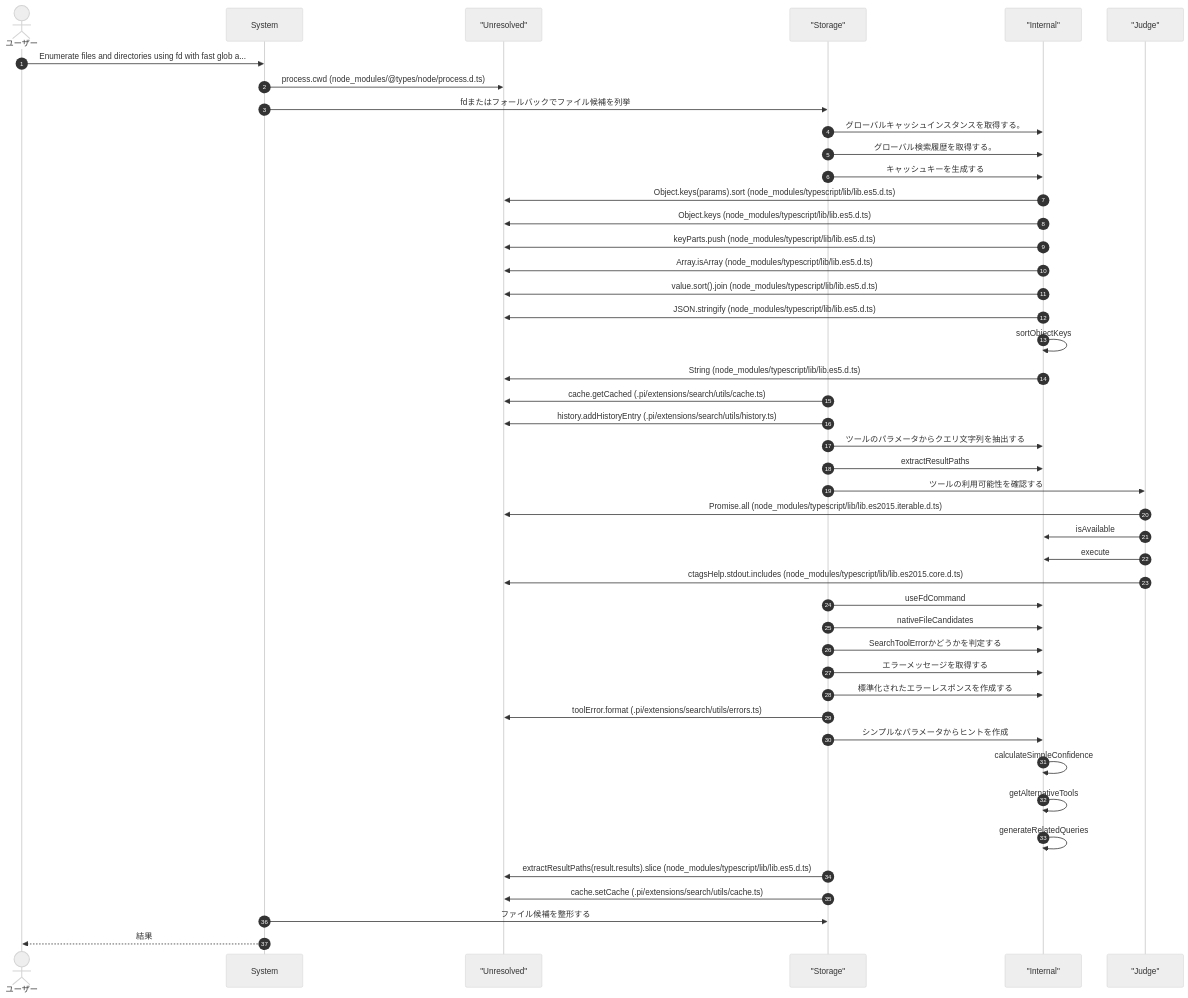
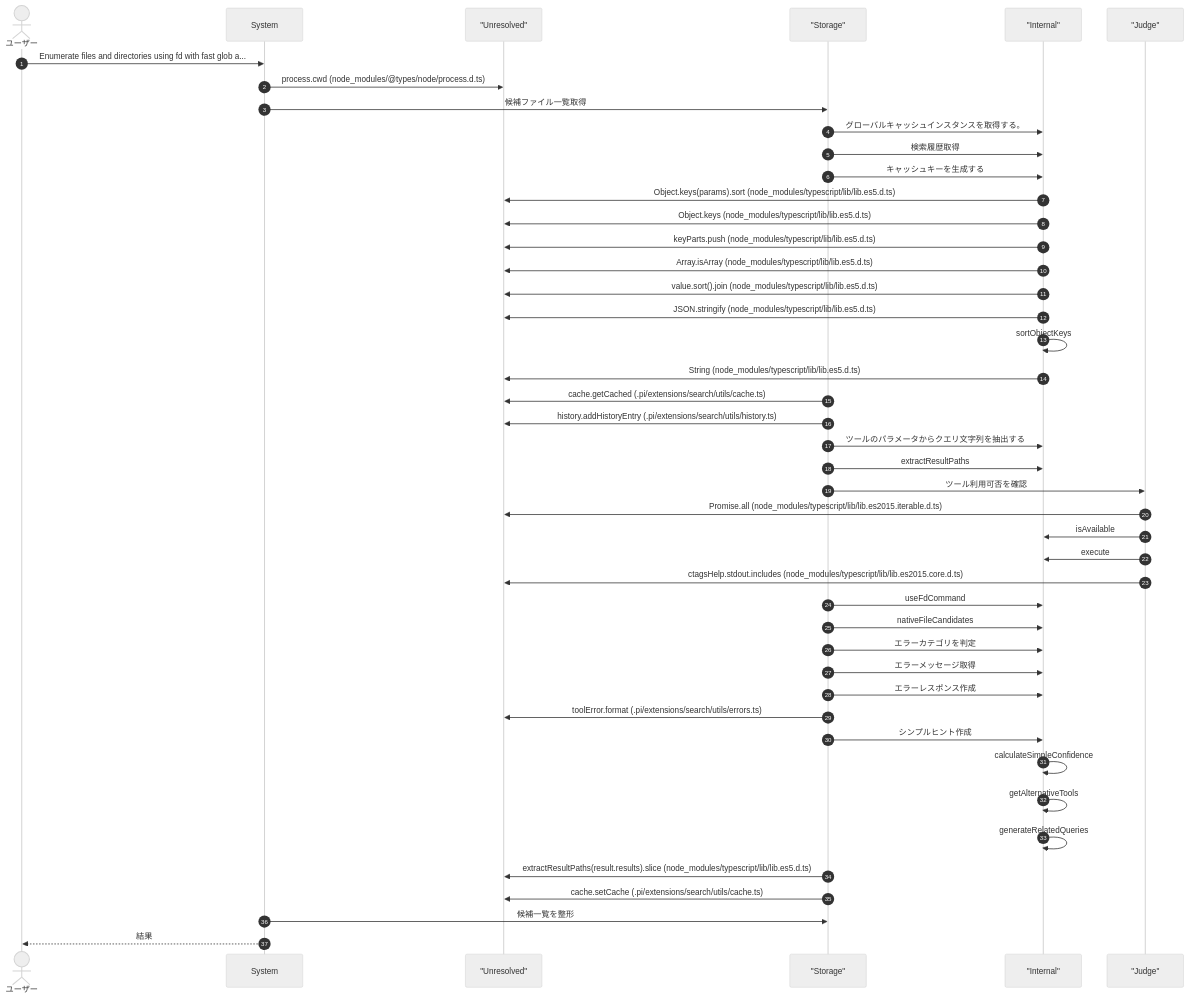
One commit to Mekann2904/mekann changed the first of 10 diagrams in ABDD/.pi/extensions/search/index.md. Above: the diagram before and after it, drawn with Mermaid (neutral theme). The commit also changed other lines of this file and 212 other files, not shown here.

````diff
--- a/ABDD/.pi/extensions/search/index.md
+++ b/ABDD/.pi/extensions/search/index.md
@@ -40,49 +40,49 @@
 ```mermaid
 sequenceDiagram
   autonumber
   actor User as ユーザー
   participant System as System
   participant Unresolved as "Unresolved"
   participant Storage as "Storage"
   participant Internal as "Internal"
   participant Judge as "Judge"
 
   User->>System: Enumerate files and directories using fd with fast glob a...
   System->>Unresolved: process.cwd (node_modules/@types/node/process.d.ts)
-  System->>Storage: fdまたはフォールバックでファイル候補を列挙
+  System->>Storage: 候補ファイル一覧取得
   Storage->>Internal: グローバルキャッシュインスタンスを取得する。
-  Storage->>Internal: グローバル検索履歴を取得する。
+  Storage->>Internal: 検索履歴取得
   Storage->>Internal: キャッシュキーを生成する
   Internal->>Unresolved: Object.keys(params).sort (node_modules/typescript/lib/lib.es5.d.ts)
   Internal->>Unresolved: Object.keys (node_modules/typescript/lib/lib.es5.d.ts)
   Internal->>Unresolved: keyParts.push (node_modules/typescript/lib/lib.es5.d.ts)
   Internal->>Unresolved: Array.isArray (node_modules/typescript/lib/lib.es5.d.ts)
   Internal->>Unresolved: value.sort().join (node_modules/typescript/lib/lib.es5.d.ts)
   Internal->>Unresolved: JSON.stringify (node_modules/typescript/lib/lib.es5.d.ts)
   Internal->>Internal: sortObjectKeys
   Internal->>Unresolved: String (node_modules/typescript/lib/lib.es5.d.ts)
   Storage->>Unresolved: cache.getCached (.pi/extensions/search/utils/cache.ts)
   Storage->>Unresolved: history.addHistoryEntry (.pi/extensions/search/utils/history.ts)
   Storage->>Internal: ツールのパラメータからクエリ文字列を抽出する
   Storage->>Internal: extractResultPaths
-  Storage->>Judge: ツールの利用可能性を確認する
+  Storage->>Judge: ツール利用可否を確認
   Judge->>Unresolved: Promise.all (node_modules/typescript/lib/lib.es2015.iterable.d.ts)
   Judge->>Internal: isAvailable
   Judge->>Internal: execute
   Judge->>Unresolved: ctagsHelp.stdout.includes (node_modules/typescript/lib/lib.es2015.core.d.ts)
   Storage->>Internal: useFdCommand
   Storage->>Internal: nativeFileCandidates
-  Storage->>Internal: SearchToolErrorかどうかを判定する
-  Storage->>Internal: エラーメッセージを取得する
-  Storage->>Internal: 標準化されたエラーレスポンスを作成する
+  Storage->>Internal: エラーカテゴリを判定
+  Storage->>Internal: エラーメッセージ取得
+  Storage->>Internal: エラーレスポンス作成
   Storage->>Unresolved: toolError.format (.pi/extensions/search/utils/errors.ts)
-  Storage->>Internal: シンプルなパラメータからヒントを作成
+  Storage->>Internal: シンプルヒント作成
   Internal->>Internal: calculateSimpleConfidence
   Internal->>Internal: getAlternativeTools
   Internal->>Internal: generateRelatedQueries
   Storage->>Unresolved: extractResultPaths(result.results).slice (node_modules/typescript/lib/lib.es5.d.ts)
   Storage->>Unresolved: cache.setCache (.pi/extensions/search/utils/cache.ts)
-  System->>Storage: ファイル候補を整形する
+  System->>Storage: 候補一覧を整形
   System-->>User: 結果
 
 ```
````
